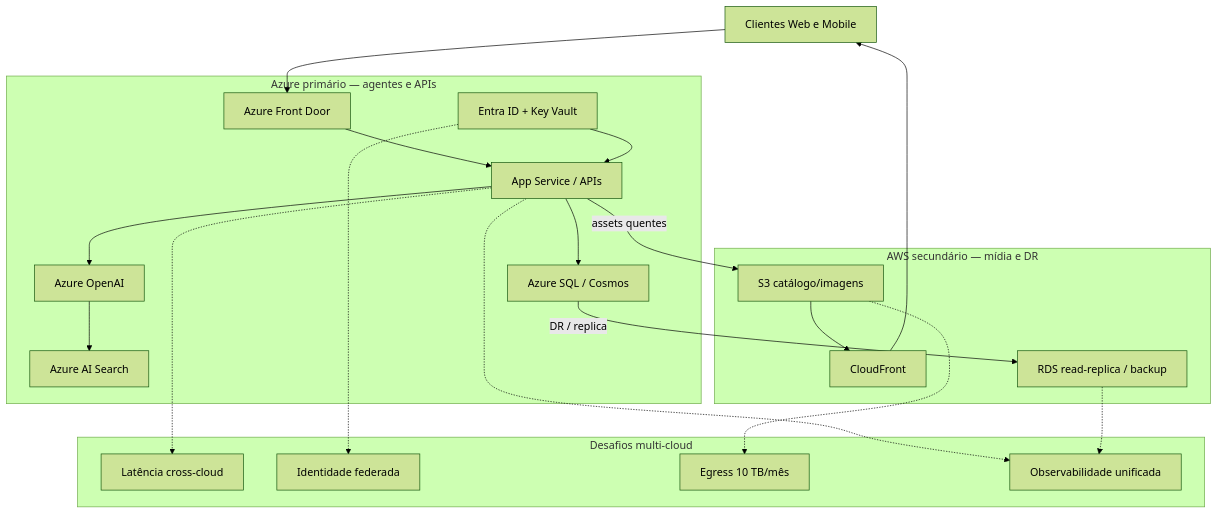
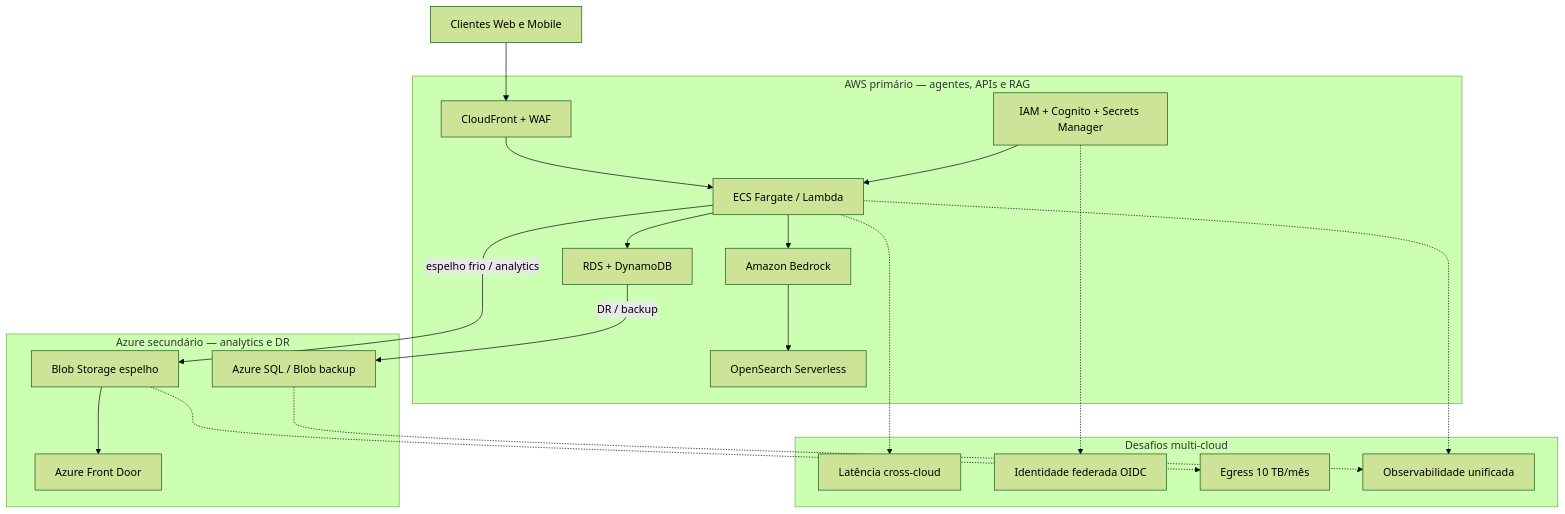
One commit to gabriel-dantas98/fiap-mba-multi-agent changed the diagram in cloud-cognitive/aula01/diagramas/arquitetura-qc-multicloud.mmd. Above: the diagram before and after it, drawn with Mermaid (forest theme). The commit also changed 6 other files, not shown here.

First line of the commit message:
docs(cloud-cognitive): fechar review da Aula 1 com fontes e AWS-first

```diff
--- a/cloud-cognitive/aula01/diagramas/arquitetura-qc-multicloud.mmd
+++ b/cloud-cognitive/aula01/diagramas/arquitetura-qc-multicloud.mmd
@@ -1,38 +1,38 @@
 flowchart TB
     users["Clientes Web e Mobile"]
 
-    subgraph azurePrimary ["Azure primário — agentes e APIs"]
-        frontDoor["Azure Front Door"]
-        api["App Service / APIs"]
-        openai["Azure OpenAI"]
-        search["Azure AI Search"]
-        sql["Azure SQL / Cosmos"]
-        identity["Entra ID + Key Vault"]
+    subgraph awsPrimary ["AWS primário — agentes, APIs e RAG"]
+        cloudFront["CloudFront + WAF"]
+        api["ECS Fargate / Lambda"]
+        bedrock["Amazon Bedrock"]
+        search["OpenSearch Serverless"]
+        sql["RDS + DynamoDB"]
+        identity["IAM + Cognito + Secrets Manager"]
     end
 
-    subgraph awsSecondary ["AWS secundário — mídia e DR"]
-        cloudFront["CloudFront"]
-        s3["S3 catálogo/imagens"]
-        rds["RDS read-replica / backup"]
+    subgraph azureSecondary ["Azure secundário — analytics e DR"]
+        frontDoor["Azure Front Door"]
+        blob["Blob Storage espelho"]
+        sqlDr["Azure SQL / Blob backup"]
     end
 
     subgraph challenges ["Desafios multi-cloud"]
         latency["Latência cross-cloud"]
-        idFed["Identidade federada"]
+        idFed["Identidade federada OIDC"]
         egress["Egress 10 TB/mês"]
         obs["Observabilidade unificada"]
     end
 
-    users --> frontDoor --> api
-    api --> openai
-    openai --> search
+    users --> cloudFront --> api
+    api --> bedrock
+    bedrock --> search
     api --> sql
     identity --> api
-    api -->|"assets quentes"| s3
-    s3 --> cloudFront --> users
-    sql -->|"DR / replica"| rds
+    api -->|"espelho frio / analytics"| blob
+    blob --> frontDoor
+    sql -->|"DR / backup"| sqlDr
     api -.-> latency
     identity -.-> idFed
-    s3 -.-> egress
+    blob -.-> egress
     api -.-> obs
-    rds -.-> obs
+    sqlDr -.-> obs
```
